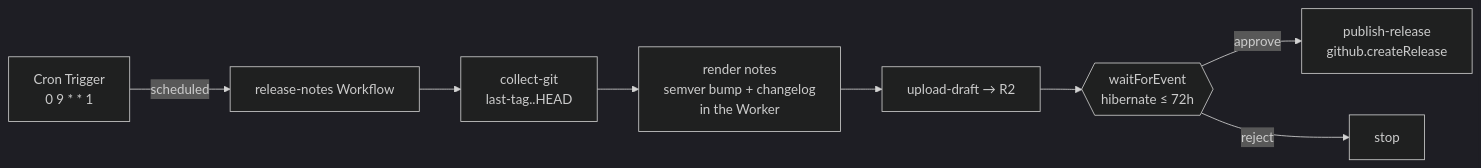
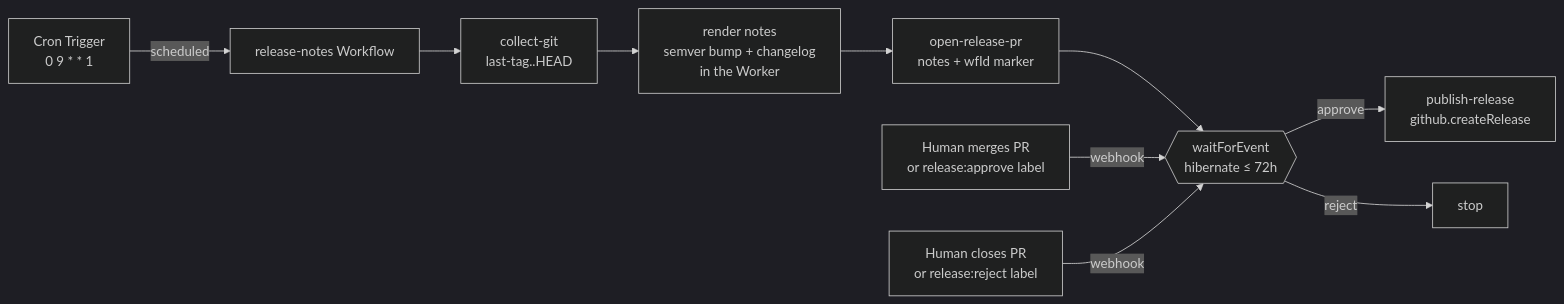
The diagram in recipes/release-notes/README.md (OpenHackersClub/flare-dispatch), drawn with Mermaid (dark theme) before and after one commit. The commit also changed other lines of this file and 18 other files, not shown here.

First line of the commit message:
feat(release-notes): approve releases on GitHub via a release PR

````diff
--- a/recipes/release-notes/README.md
+++ b/recipes/release-notes/README.md
@@ -22,10 +22,12 @@
 ```mermaid
 flowchart LR
   CRON[Cron Trigger<br/>0 9 * * 1] -->|scheduled| RN[release-notes Workflow]
   RN --> D[collect-git<br/>last-tag..HEAD]
   D --> R[render notes<br/>semver bump + changelog<br/>in the Worker]
-  R --> U[upload-draft → R2]
+  R --> U[open-release-pr<br/>notes + wfId marker]
   U --> W{{waitForEvent<br/>hibernate ≤ 72h}}
+  PRm[Human merges PR<br/>or release:approve label] -->|webhook| W
+  PRr[Human closes PR<br/>or release:reject label] -->|webhook| W
   W -->|approve| P[publish-release<br/>github.createRelease]
   W -->|reject| X[stop]
 ```
````
